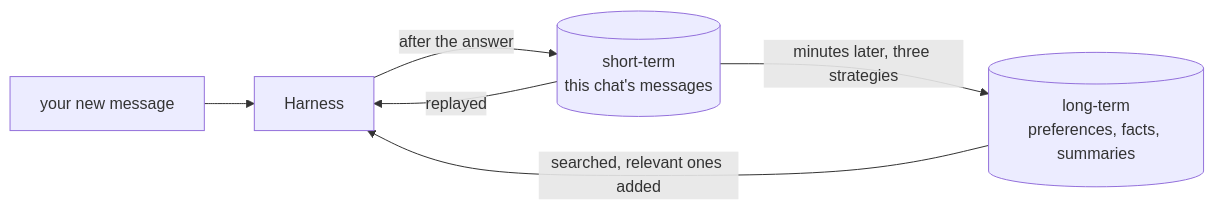
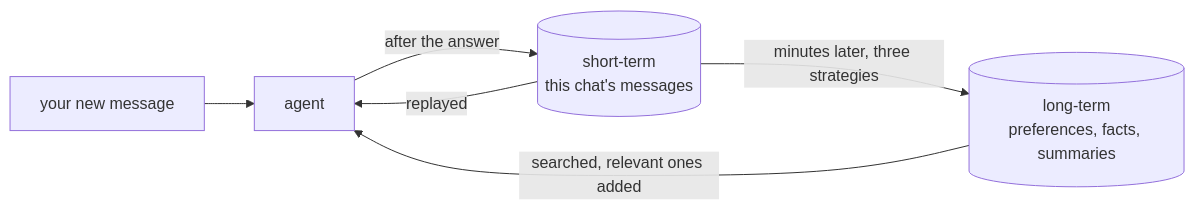
Before and after one commit to yashzord/Docs_Copilot: diagram 19 of 21 in docs/course.md, drawn with Mermaid. The commit also changed other lines of this file and 5 other files, not shown here.

````diff
--- a/docs/course.md
+++ b/docs/course.md
@@ -2251,8 +2283,8 @@
 ```mermaid
 flowchart LR
-    Q[your new message] --> H[Harness]
+    Q[your new message] --> H[agent]
     STM[(short-term<br/>this chat's messages)] -->|replayed| H
     LTM[(long-term<br/>preferences, facts, summaries)] -->|searched, relevant ones added| H
     H -->|after the answer| STM
     STM -->|minutes later, three strategies| LTM
 ```
````
